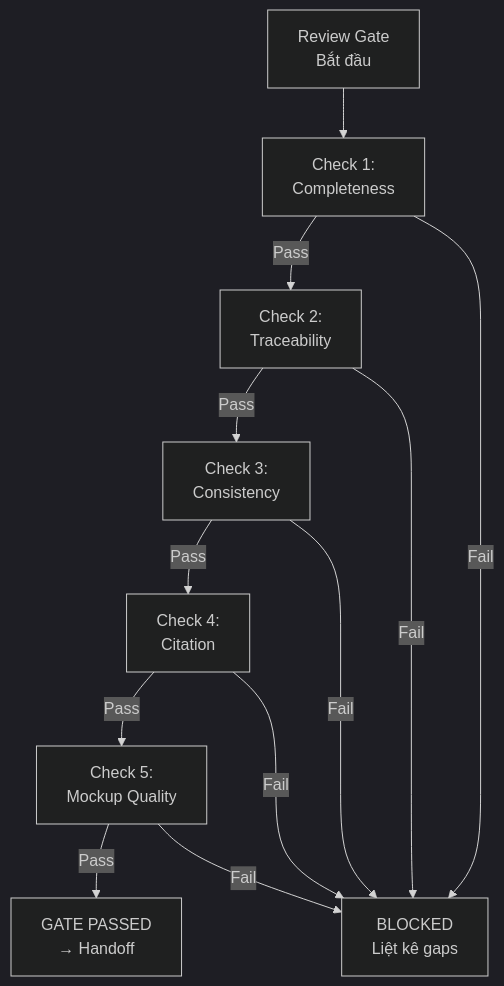
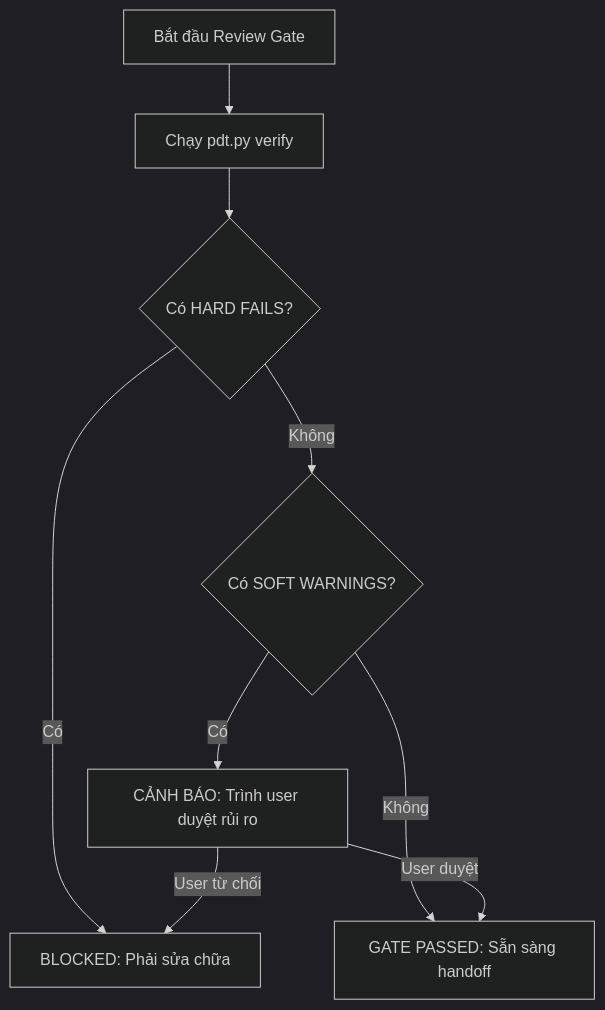
The diagram in .agents/workflows/review-gate.md (khanhbkqt/create-pd-harness), drawn with Mermaid (dark theme) before and after one commit. The commit also changed other lines of this file and 33 other files, not shown here.

Commit message:
feat: redesign workflow to flexible graph-based and integrate pdt CLI

````diff
--- a/.agents/workflows/review-gate.md
+++ b/.agents/workflows/review-gate.md
@@ -13,14 +37,11 @@
 ```mermaid
 flowchart TD
-    A["Review Gate\nBắt đầu"] --> B["Check 1:\nCompleteness"]
-    B -->|Pass| C["Check 2:\nTraceability"]
-    B -->|Fail| X["BLOCKED\nLiệt kê gaps"]
-    C -->|Pass| D["Check 3:\nConsistency"]
-    C -->|Fail| X
-    D -->|Pass| E["Check 4:\nCitation"]
-    D -->|Fail| X
-    E -->|Pass| F["Check 5:\nMockup Quality"]
-    E -->|Fail| X
-    F -->|Pass| G["GATE PASSED\n→ Handoff"]
-    F -->|Fail| X
+    A["Bắt đầu Review Gate"] --> B["Chạy pdt.py verify"]
+    B --> C{"Có HARD FAILS?"}
+    C -->|Có| D["BLOCKED: Phải sửa chữa"]
+    C -->|Không| E{"Có SOFT WARNINGS?"}
+    E -->|Có| F["CẢNH BÁO: Trình user duyệt rủi ro"]
+    E -->|Không| G["GATE PASSED: Sẵn sàng handoff"]
+    F -->|User duyệt| G
+    F -->|User từ chối| D
 ```
````
